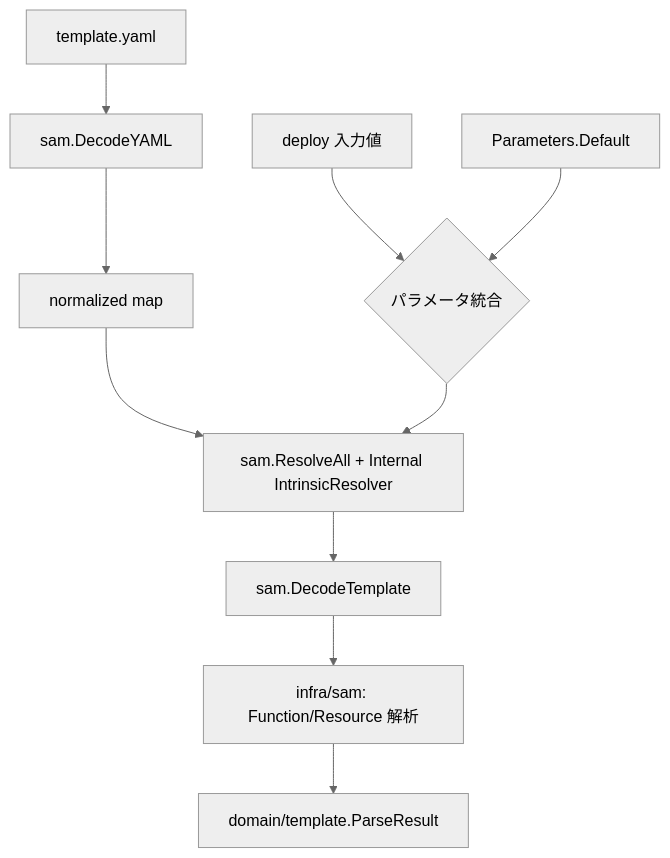
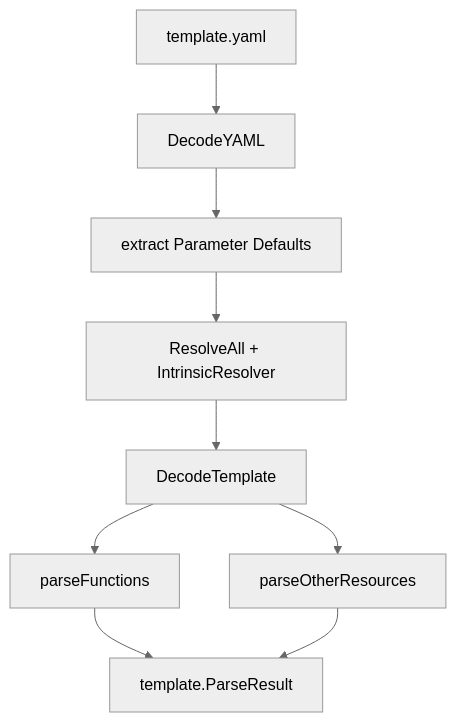
Before and after one commit to poruru-code/esb-cli: the diagram in docs/sam-parsing-architecture.md, drawn with Mermaid (neutral theme). The commit also changed other lines of this file and 10 other files, not shown here.

````diff
--- a/docs/sam-parsing-architecture.md
+++ b/docs/sam-parsing-architecture.md
@@ -26,13 +16,11 @@
 ```mermaid
-graph TD
-    A[template.yaml] --> B[sam.DecodeYAML]
-    B --> C[normalized map]
-    C --> D[sam.ResolveAll + Internal IntrinsicResolver]
-    D --> E[sam.DecodeTemplate]
-    E --> F[infra/sam: Function/Resource 解析]
-    F --> G[domain/template.ParseResult]
-
-    P1[deploy 入力値] --> P_MERGE{パラメータ統合}
-    P2[Parameters.Default] --> P_MERGE
-    P_MERGE --> D
+flowchart TD
+    A[template.yaml] --> B[DecodeYAML]
+    B --> C[extract Parameter Defaults]
+    C --> D[ResolveAll + IntrinsicResolver]
+    D --> E[DecodeTemplate]
+    E --> F[parseFunctions]
+    E --> G[parseOtherResources]
+    F --> H[template.ParseResult]
+    G --> H
 ```
````
